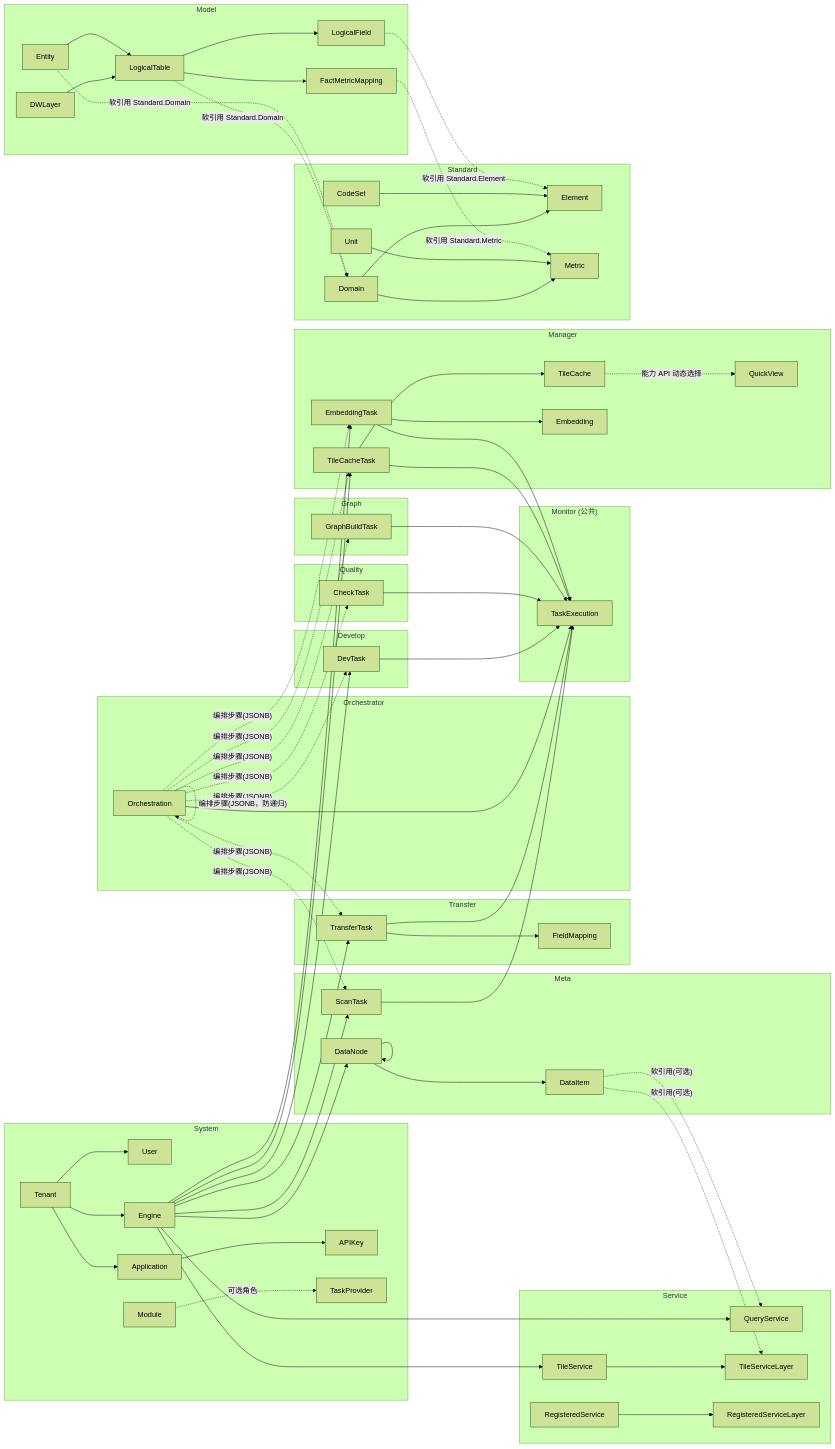
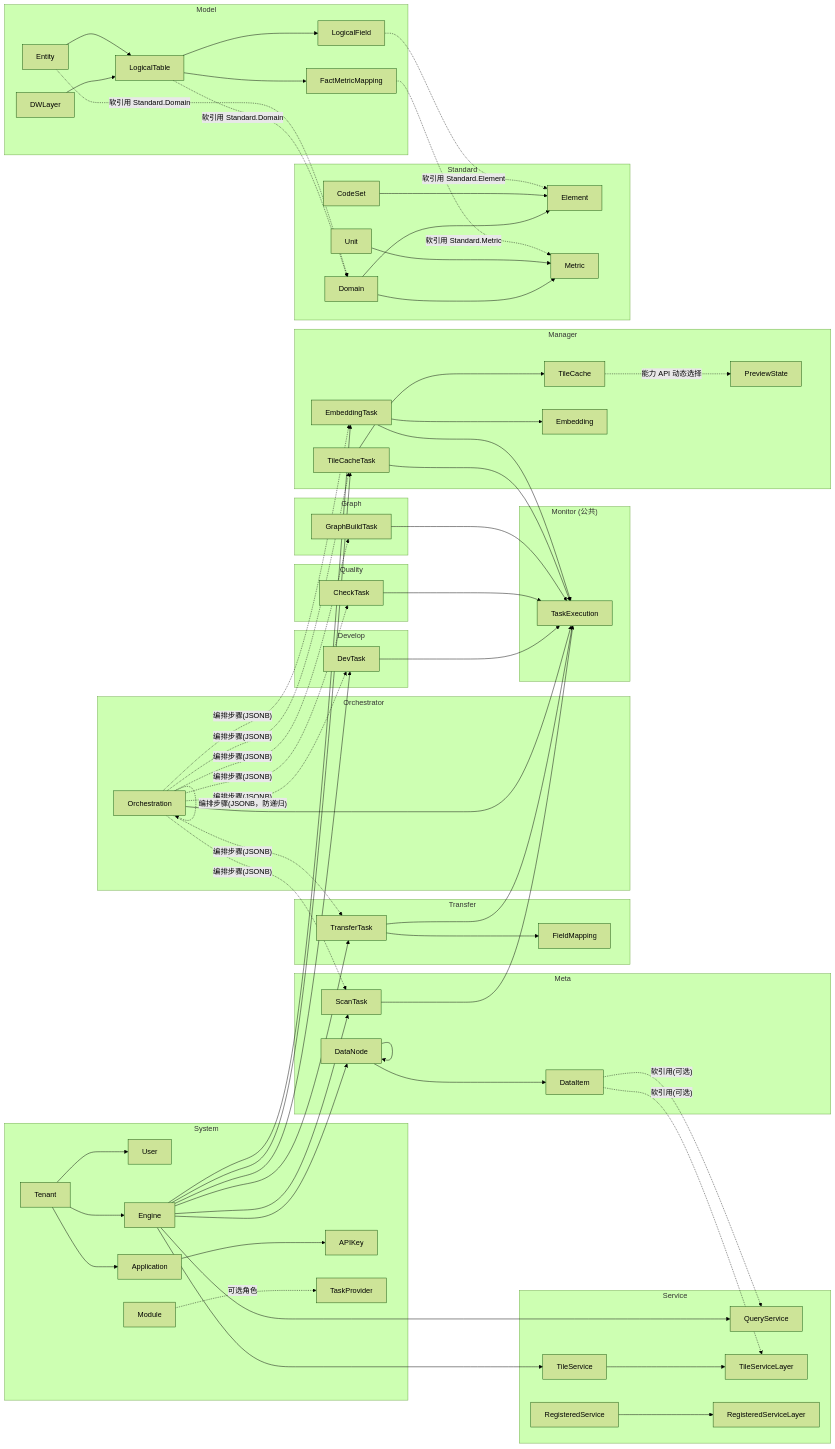
Before and after one commit to pampa0629/addp: the eighth of 9 diagrams in docs/concepts/addp核心对象ER图（元模型）.md, drawn with Mermaid (forest theme). The commit also changed other lines of this file and 188 other files, not shown here.

```diff
--- a/docs/concepts/addp核心对象ER图（元模型）.md
+++ b/docs/concepts/addp核心对象ER图（元模型）.md
@@ -1208,7 +1208,7 @@
         TileCacheTask
         TileCache
         EmbeddingTask
-        QuickView
+        PreviewState
         Embedding
     end
 
@@ -1274,7 +1274,7 @@
 
     %% Manager 内部
     TileCacheTask --> TileCache
-    TileCache -.->|"能力 API 动态选择"| QuickView
+    TileCache -.->|"能力 API 动态选择"| PreviewState
     EmbeddingTask --> Embedding
 
     %% Orchestration 编排（步骤存 JSONB，软引用）
```
